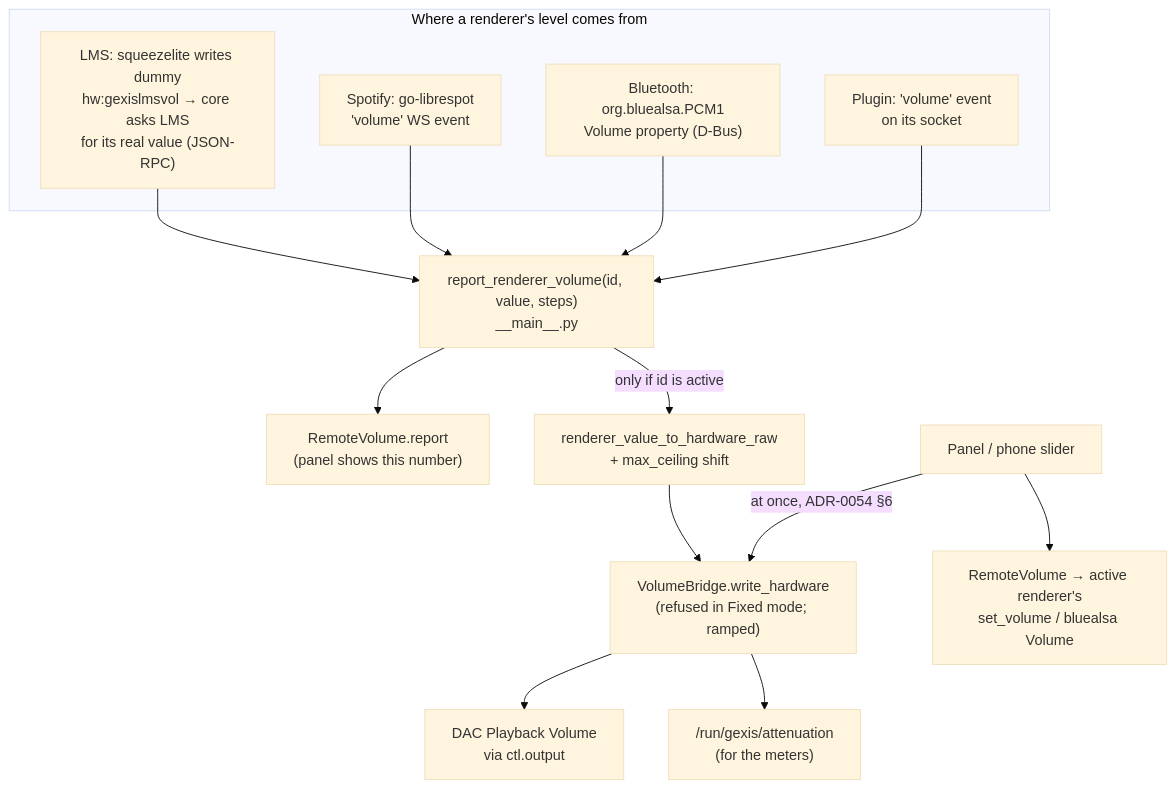
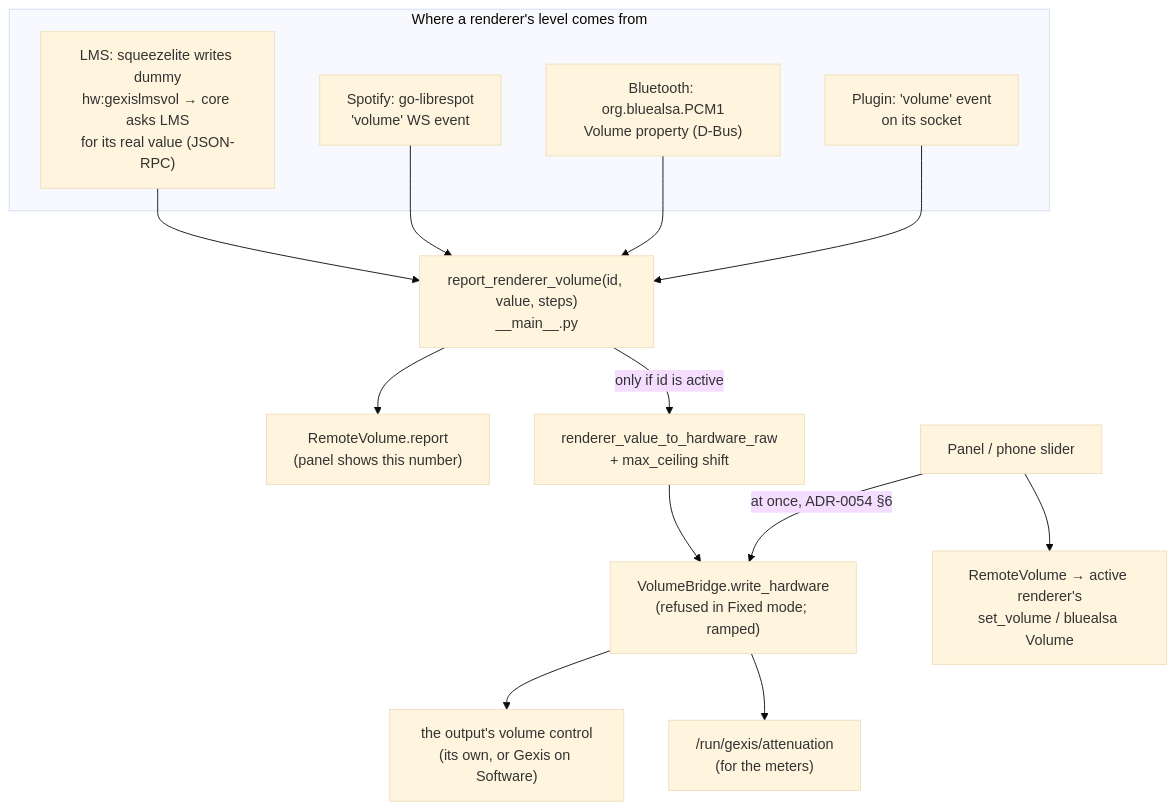
One commit to gcarstoiu/gexis-player changed the fourth of 5 diagrams in docs/tech/audio-path.md. Above: the diagram before and after it, drawn with Mermaid (base theme). The commit also changed other lines of this file and 5 other files, not shown here.

````diff
--- a/docs/tech/audio-path.md
+++ b/docs/tech/audio-path.md
@@ -315,18 +316,18 @@
 ```mermaid
 flowchart TB
     subgraph In["Where a renderer's level comes from"]
         L1["LMS: squeezelite writes dummy<br/>hw:gexislmsvol → core asks LMS<br/>for its real value (JSON-RPC)"]
         S1["Spotify: go-librespot<br/>'volume' WS event"]
         B1["Bluetooth: org.bluealsa.PCM1<br/>Volume property (D-Bus)"]
         P1["Plugin: 'volume' event<br/>on its socket"]
     end
     L1 & S1 & B1 & P1 --> R["report_renderer_volume(id, value, steps)<br/>__main__.py"]
     R --> RV["RemoteVolume.report<br/>(panel shows this number)"]
     R -->|"only if id is active"| C["renderer_value_to_hardware_raw<br/>+ max_ceiling shift"]
     C --> W["VolumeBridge.write_hardware<br/>(refused in Fixed mode; ramped)"]
-    W --> DAC["DAC Playback Volume<br/>via ctl.output"]
+    W --> DAC["the output's volume control<br/>(its own, or Gexis on Software)"]
     W --> ATT["/run/gexis/attenuation<br/>(for the meters)"]
 
     PANEL["Panel / phone slider"] --> RVS["RemoteVolume → active renderer's<br/>set_volume / bluealsa Volume"]
     PANEL -->|"at once, ADR-0054 §6"| W
 ```
````
